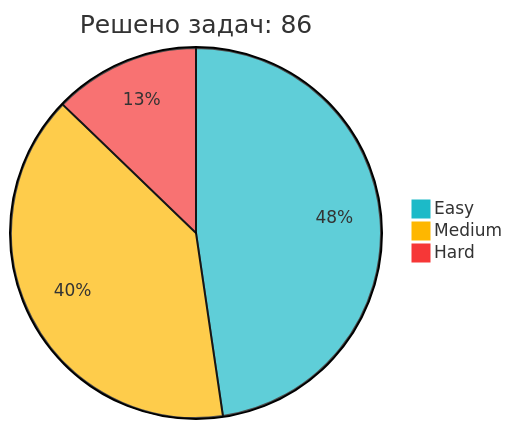
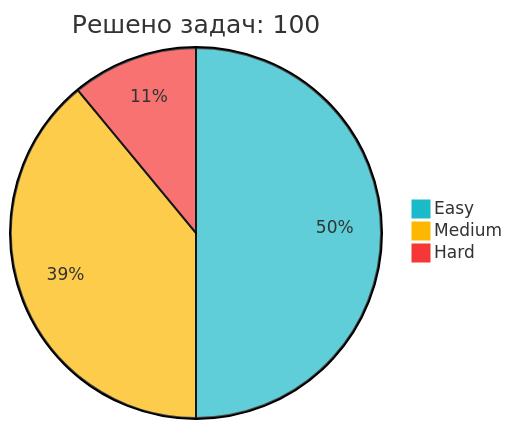
Before and after one commit to IliaKurdukov/IliaKurdukov: the diagram in README.md, drawn with Mermaid. The commit also changed other lines of this file, not shown here.

Commit message:
📈 Обновление статистики LeetCode

````diff
--- a/README.md
+++ b/README.md
@@ -51,7 +51,7 @@
 ```mermaid
 %%{init: {'theme': 'base', 'themeVariables': { 'pie1': '#1CBAC8', 'pie2': '#FEB700', 'pie3': '#F63737' }, 'config': {'width': 300, 'height': 200}}}%%
-pie title Решено задач: 86
-   "Easy" : 41
-   "Medium" : 34
+pie title Решено задач: 100
+   "Easy" : 50
+   "Medium" : 39
    "Hard" : 11
 ```
````
